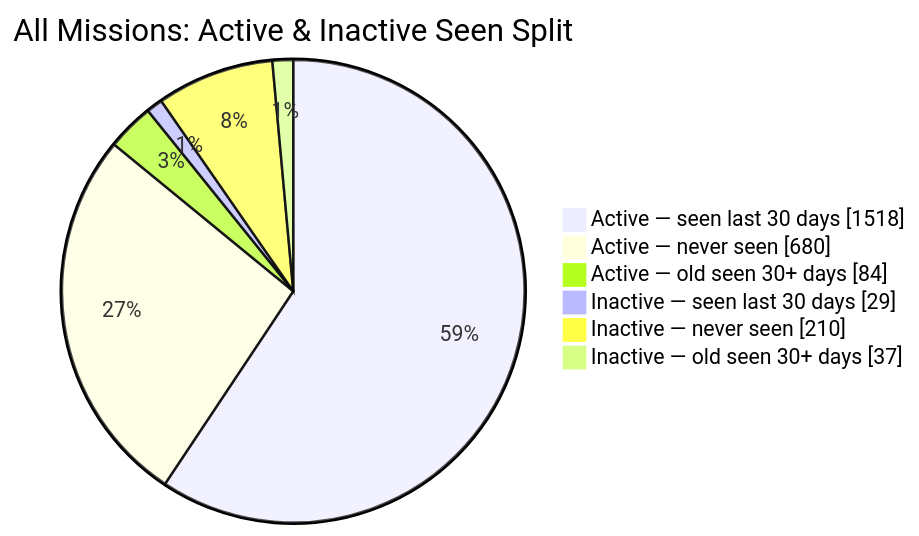
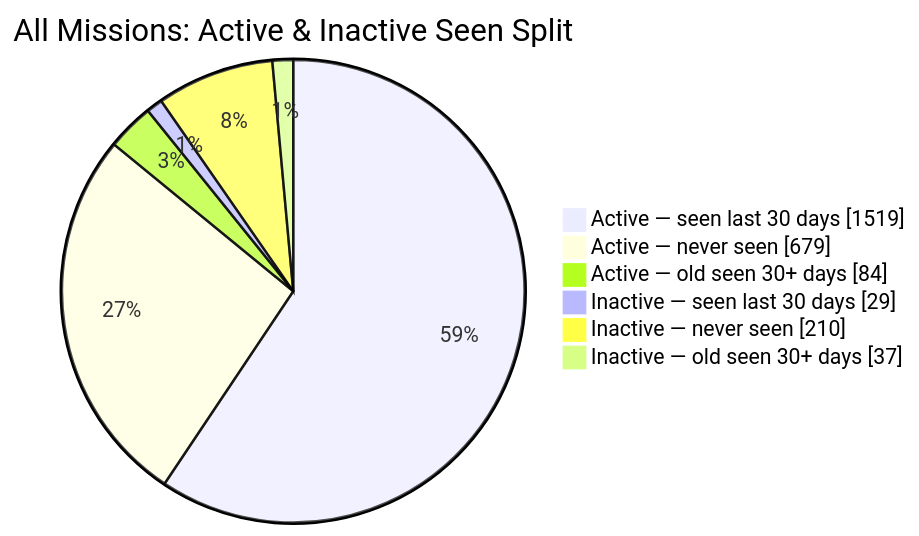
The second of 2 diagrams in README.md (MeldkamerspelGameTeam/active-missions), drawn with Mermaid before and after one commit. The commit also changed other lines of this file and 2 other files, not shown here.

````diff
--- a/README.md
+++ b/README.md
@@ -44,10 +44,10 @@
 ```mermaid
 pie showData
     title All Missions: Active & Inactive Seen Split
-    "Active — seen last 30 days" : 1518
-    "Active — never seen" : 680
+    "Active — seen last 30 days" : 1519
+    "Active — never seen" : 679
     "Active — old seen 30+ days" : 84
     "Inactive — seen last 30 days" : 29
     "Inactive — never seen" : 210
     "Inactive — old seen 30+ days" : 37
 ```
````
